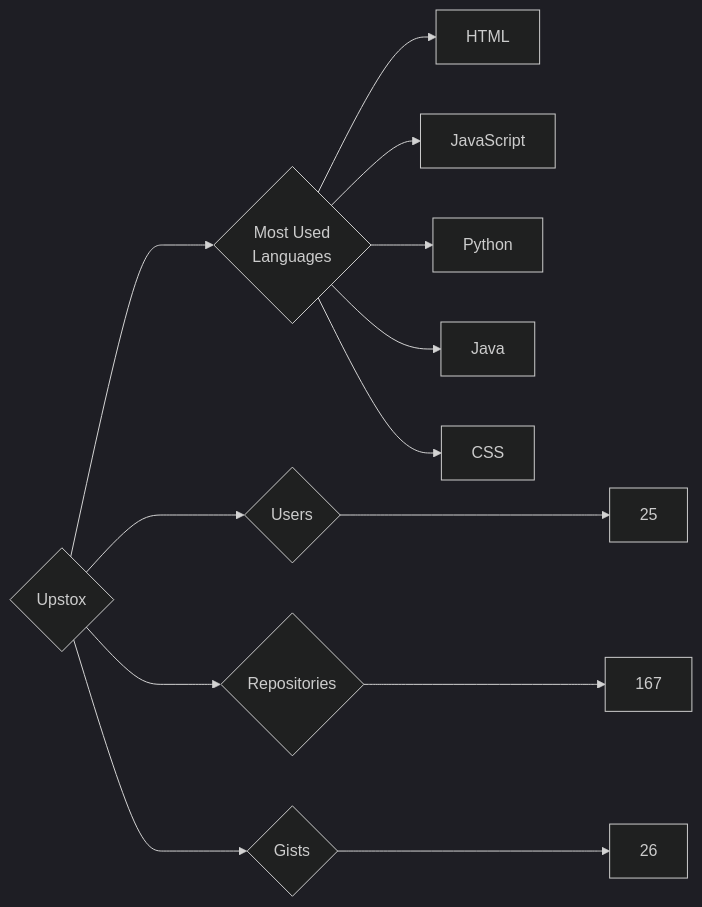
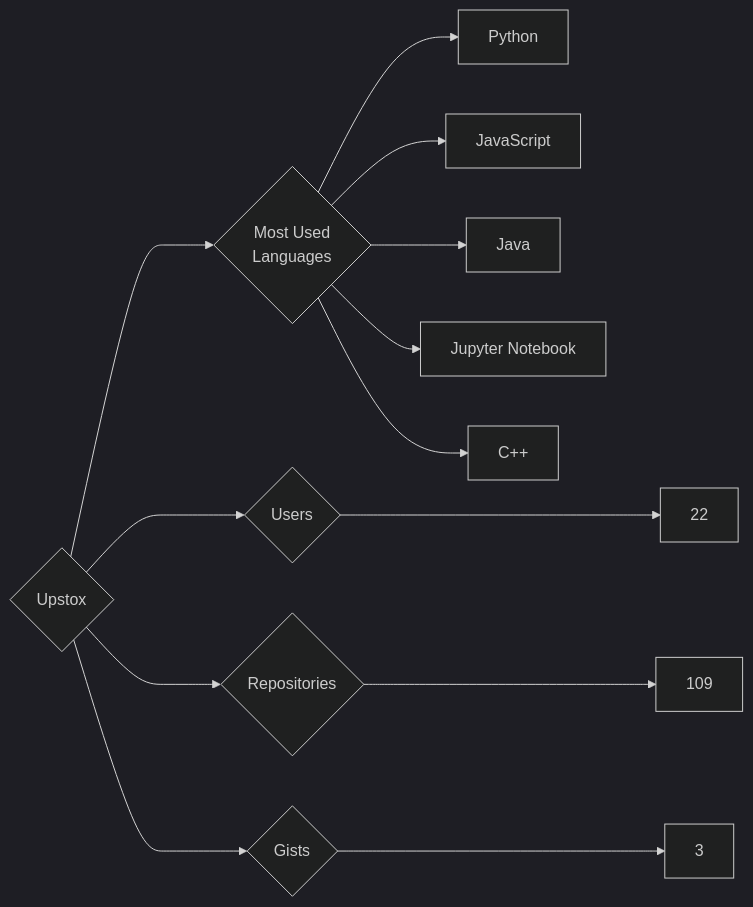
The diagram in targets/Upstox/README.md (trickest/insiders), drawn with Mermaid (dark theme) before and after one commit. The commit also changed 928 other files, not shown here.

````diff
--- a/targets/Upstox/README.md
+++ b/targets/Upstox/README.md
@@ -3,13 +3,13 @@
 ```mermaid
 graph LR
 COMPANY_NAME{Upstox}
-COMPANY_NAME ---> U{Users} ---> UN[25]
-COMPANY_NAME ---> R{Repositories} ---> RN[167]
-COMPANY_NAME ---> G{Gists} ---> GN[26]
+COMPANY_NAME ---> U{Users} ---> UN[22]
+COMPANY_NAME ---> R{Repositories} ---> RN[109]
+COMPANY_NAME ---> G{Gists} ---> GN[3]
 COMPANY_NAME ---> ML{Most Used<br>Languages}
-ML --> HTML[HTML]
+ML --> Python[Python]
 ML --> JavaScript[JavaScript]
-ML --> Python[Python]
 ML --> Java[Java]
-ML --> CSS[CSS]
+ML --> Jupyter_Notebook[Jupyter Notebook]
+ML --> C++[C++]
 ```
````
